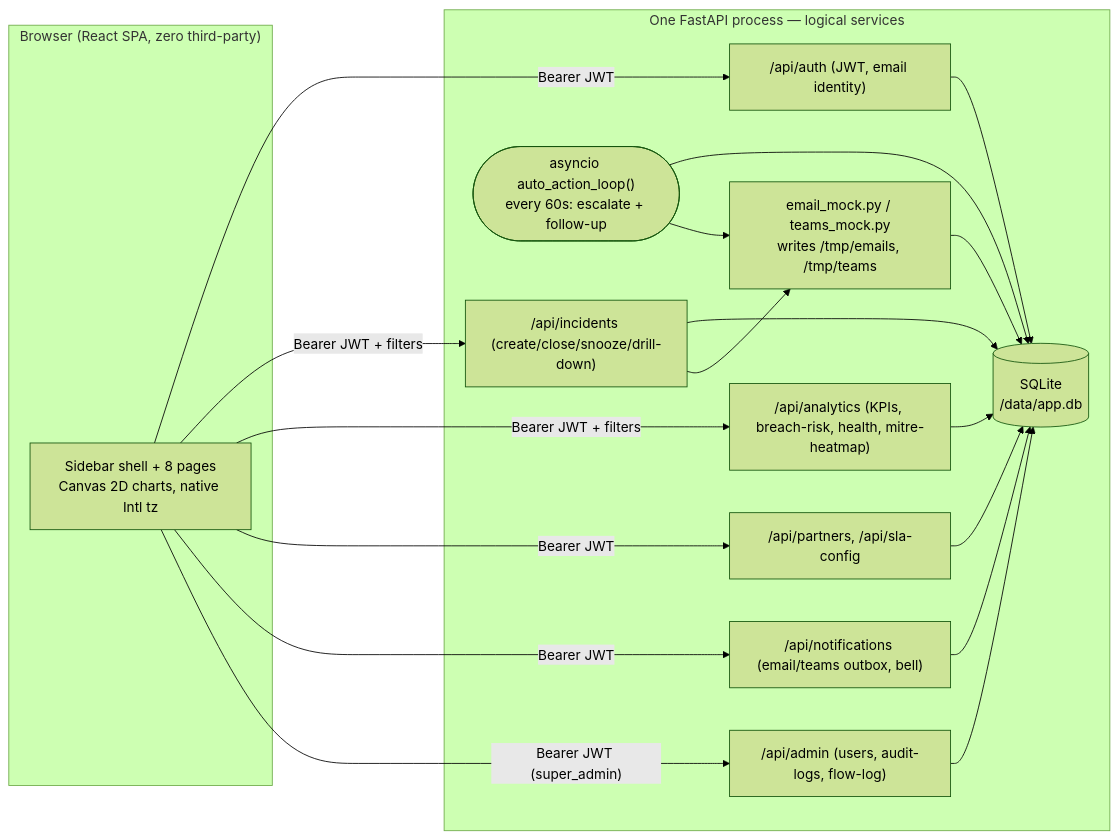
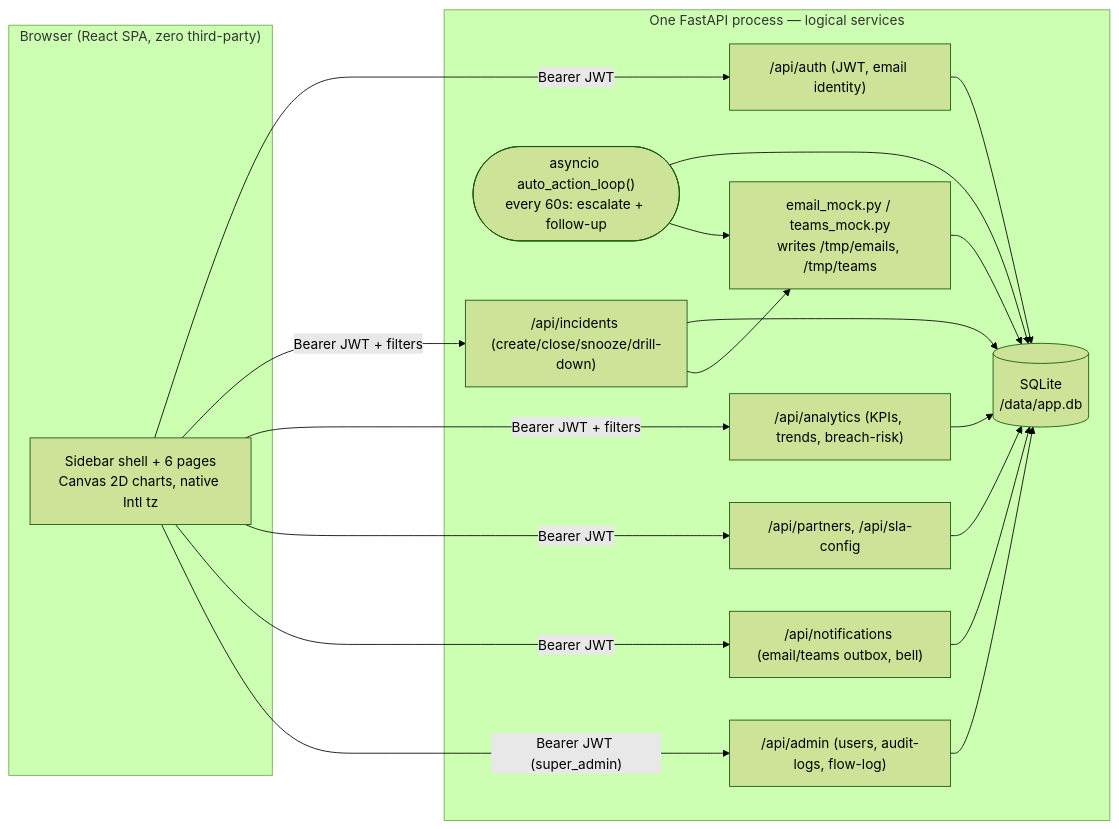
The diagram in README.md (VaibhavNarule-AI/demo-hacathon), drawn with Mermaid (forest theme) before and after one commit. The commit also changed other lines of this file and 37 other files, not shown here.

````diff
--- a/README.md
+++ b/README.md
@@ -61,33 +53,33 @@
 ```mermaid
 flowchart LR
     subgraph Client["Browser (React SPA, zero third-party)"]
-        UI["Sidebar shell + 8 pages<br/>Canvas 2D charts, native Intl tz"]
+        UI["Sidebar shell + 6 pages<br/>Canvas 2D charts, native Intl tz"]
     end
     subgraph App["One FastAPI process — logical services"]
         AUTH["/api/auth (JWT, email identity)"]
         INC["/api/incidents (create/close/snooze/drill-down)"]
-        ANA["/api/analytics (KPIs, breach-risk, health, mitre-heatmap)"]
+        ANA["/api/analytics (KPIs, trends, breach-risk)"]
         PART["/api/partners, /api/sla-config"]
         NOTIF["/api/notifications (email/teams outbox, bell)"]
         ADMIN["/api/admin (users, audit-logs, flow-log)"]
         LOOP(["asyncio auto_action_loop()<br/>every 60s: escalate + follow-up"])
         DB[("SQLite\n/data/app.db")]
         MOCKS["email_mock.py / teams_mock.py<br/>writes /tmp/emails, /tmp/teams"]
     end
     UI -- "Bearer JWT" --> AUTH
     UI -- "Bearer JWT + filters" --> INC
     UI -- "Bearer JWT + filters" --> ANA
     UI -- "Bearer JWT" --> PART
     UI -- "Bearer JWT" --> NOTIF
     UI -- "Bearer JWT (super_admin)" --> ADMIN
     AUTH --> DB
     INC --> DB
     ANA --> DB
     PART --> DB
     NOTIF --> DB
     ADMIN --> DB
     LOOP --> DB
     LOOP --> MOCKS
     INC --> MOCKS
     MOCKS --> DB
 ```
````
